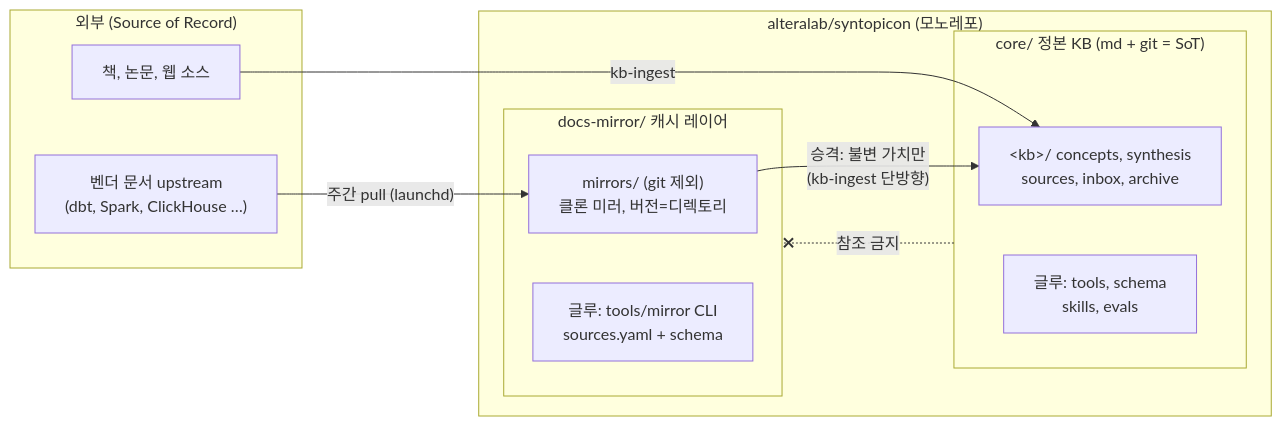
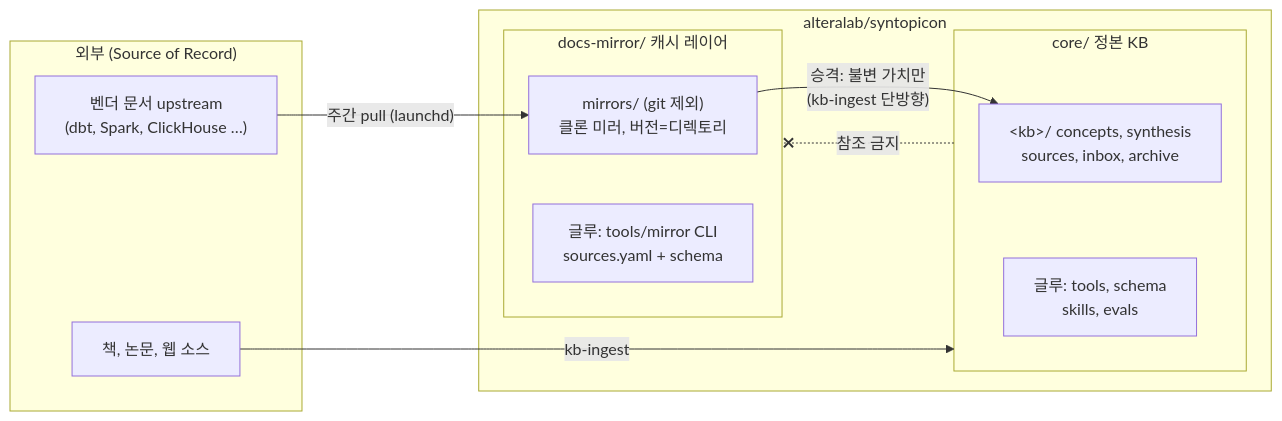
One commit to alteralab/syntopicon changed the first of 5 diagrams in README.md. Above: the diagram before and after it, drawn with Mermaid.

Commit message:
plan: 레이어 다이어그램 제목 축약과 정렬 — 렌더러 줄바꿈 회피
모노레포·SoT 설명은 본문 담당이라 제목에서 제거(중복 규율), ingest
화살표는 노드 대신 서브그래프로 꽂아 상자 견인을 없앰. 시각 검증.

````diff
--- a/README.md
+++ b/README.md
@@ -22,23 +22,23 @@
 ```mermaid
 flowchart LR
     subgraph EXT["외부 (Source of Record)"]
         UP["벤더 문서 upstream<br/>(dbt, Spark, ClickHouse …)"]
         SRC["책, 논문, 웹 소스"]
     end
 
-    subgraph REPO["alteralab/syntopicon (모노레포)"]
+    subgraph REPO["alteralab/syntopicon"]
         subgraph DM["docs-mirror/ 캐시 레이어"]
             MIR["mirrors/ (git 제외)<br/>클론 미러, 버전=디렉토리"]
             GLUE["글루: tools/mirror CLI<br/>sources.yaml + schema"]
         end
-        subgraph CORE["core/ 정본 KB (md + git = SoT)"]
+        subgraph CORE["core/ 정본 KB"]
             IT["&lt;kb&gt;/ concepts, synthesis<br/>sources, inbox, archive"]
             CG["글루: tools, schema<br/>skills, evals"]
         end
     end
 
     UP -- "주간 pull (launchd)" --> MIR
-    SRC -- "kb-ingest" --> IT
+    SRC -- "kb-ingest" --> CORE
     MIR -- "승격: 불변 가치만<br/>(kb-ingest 단방향)" --> IT
     CORE -. "참조 금지" .-x DM
 ```
````
